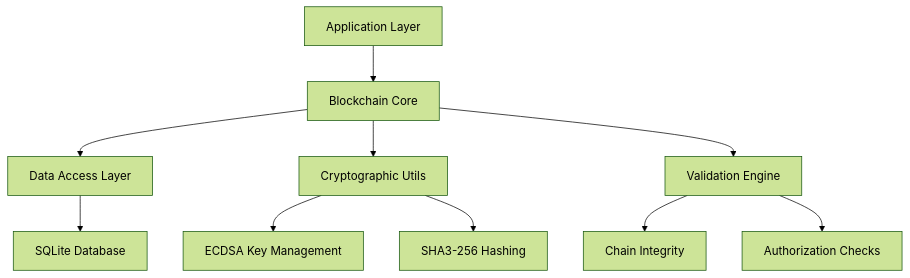
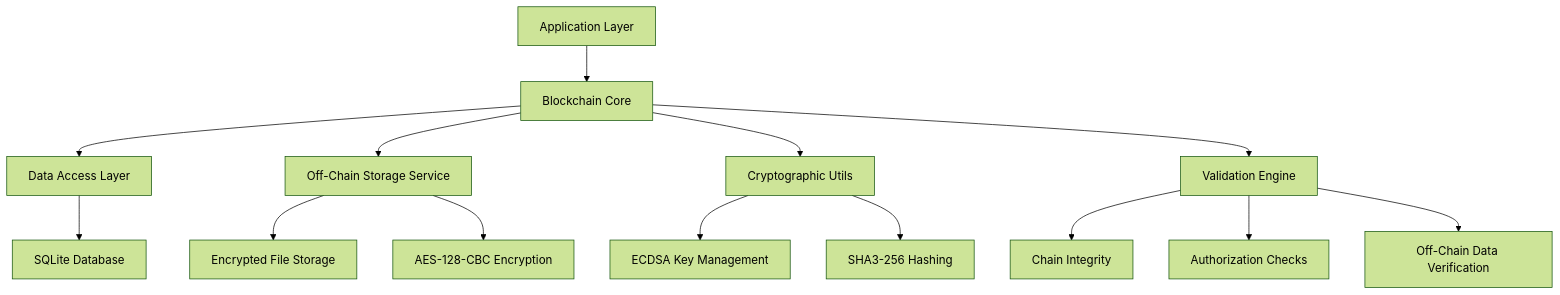
The first of 2 diagrams in docs/TECHNICAL_DETAILS.md (rbatllet/private-blockchain), drawn with Mermaid (forest theme) before and after one commit. The commit also changed other lines of this file and 32 other files, not shown here.

Commit message:
feat: implement comprehensive off-chain storage with enhanced validation and thread safety testing.

````diff
--- a/docs/TECHNICAL_DETAILS.md
+++ b/docs/TECHNICAL_DETAILS.md
@@ -45,12 +48,16 @@
 ```mermaid
 graph TD
     A[Application Layer] --> B[Blockchain Core]
     B --> C[Data Access Layer]
     C --> D[SQLite Database]
+    B --> K[Off-Chain Storage Service]
+    K --> L[Encrypted File Storage]
+    K --> M[AES-128-CBC Encryption]
     B --> E[Cryptographic Utils]
     E --> F[ECDSA Key Management]
     E --> G[SHA3-256 Hashing]
     B --> H[Validation Engine]
     H --> I[Chain Integrity]
     H --> J[Authorization Checks]
+    H --> N[Off-Chain Data Verification]
 ```
````
